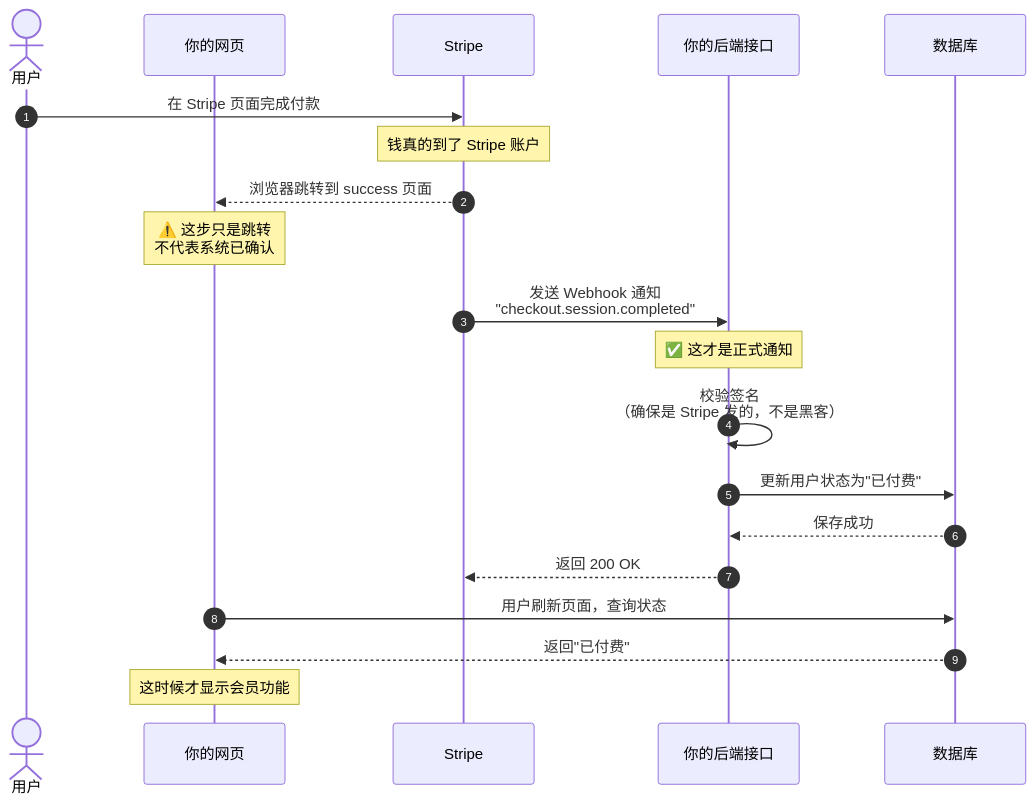
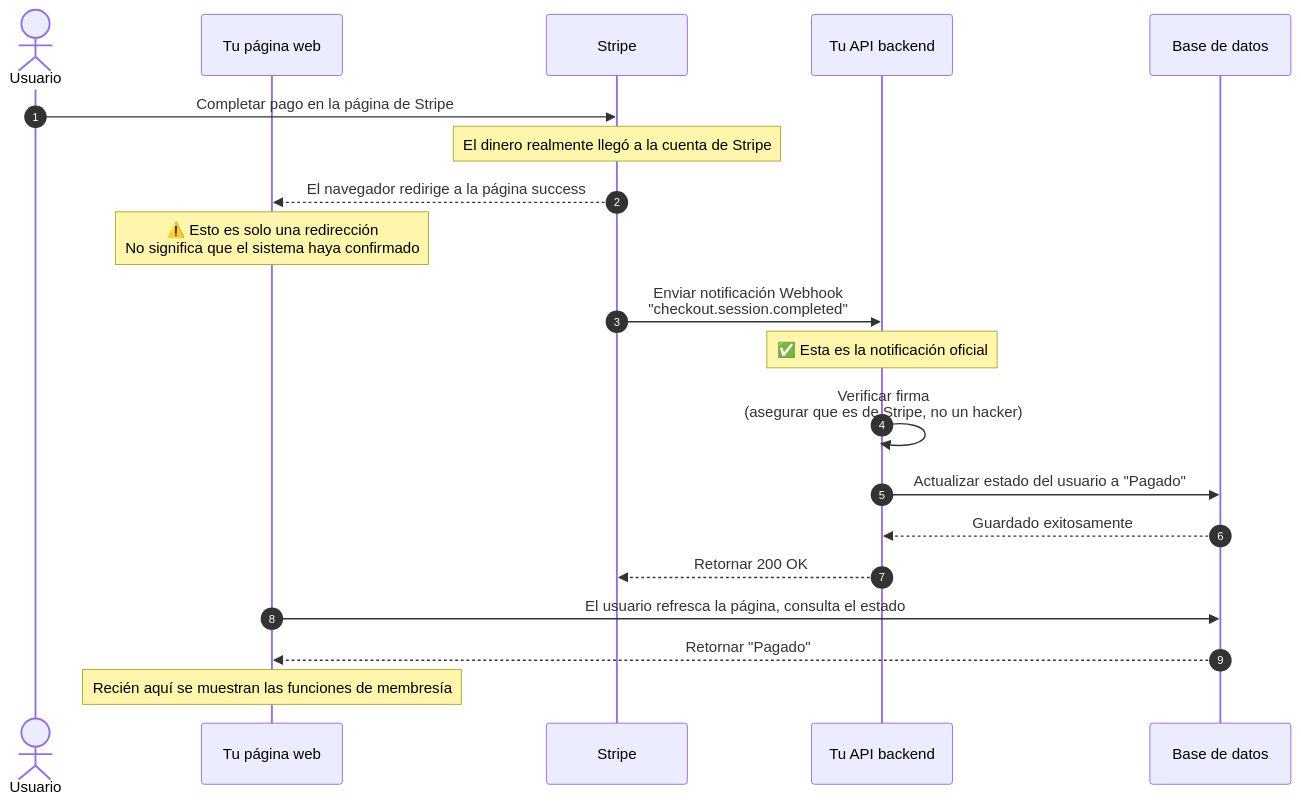
One commit to sketchymonk/easy-vibe changed the fourth of 6 diagrams in docs/es-es/stage-2/backend/stripe-payment/index.md. Above: the diagram before and after it, drawn with Mermaid. The commit also changed other lines of this file and 59 other files, not shown here.

````diff
--- a/docs/es-es/stage-2/backend/stripe-payment/index.md
+++ b/docs/es-es/stage-2/backend/stripe-payment/index.md
@@ -552,28 +552,28 @@
 ```mermaid
 sequenceDiagram
   autonumber
-  actor User as 用户
-  participant Frontend as 你的网页
+  actor User as Usuario
+  participant Frontend as Tu página web
   participant Stripe as Stripe
-  participant Webhook as 你的后端接口
-  participant DB as 数据库
+  participant Webhook as Tu API backend
+  participant DB as Base de datos
 
-  User->>Stripe: 在 Stripe 页面完成付款
-  Note over Stripe: 钱真的到了 Stripe 账户
+  User->>Stripe: Completar pago en la página de Stripe
+  Note over Stripe: El dinero realmente llegó a la cuenta de Stripe
 
-  Stripe-->>Frontend: 浏览器跳转到 success 页面
-  Note over Frontend: ⚠️ 这步只是跳转<br/>不代表系统已确认
+  Stripe-->>Frontend: El navegador redirige a la página success
+  Note over Frontend: ⚠️ Esto es solo una redirección<br/>No significa que el sistema haya confirmado
 
-  Stripe->>Webhook: 发送 Webhook 通知<br/>"checkout.session.completed"
-  Note over Webhook: ✅ 这才是正式通知
+  Stripe->>Webhook: Enviar notificación Webhook<br/>"checkout.session.completed"
+  Note over Webhook: ✅ Esta es la notificación oficial
 
-  Webhook->>Webhook: 校验签名<br/>（确保是 Stripe 发的，不是黑客）
+  Webhook->>Webhook: Verificar firma<br/>(asegurar que es de Stripe, no un hacker)
 
-  Webhook->>DB: 更新用户状态为"已付费"
-  DB-->>Webhook: 保存成功
-  Webhook-->>Stripe: 返回 200 OK
+  Webhook->>DB: Actualizar estado del usuario a "Pagado"
+  DB-->>Webhook: Guardado exitosamente
+  Webhook-->>Stripe: Retornar 200 OK
 
-  Frontend->>DB: 用户刷新页面，查询状态
-  DB-->>Frontend: 返回"已付费"
-  Note over Frontend: 这时候才显示会员功能
+  Frontend->>DB: El usuario refresca la página, consulta el estado
+  DB-->>Frontend: Retornar "Pagado"
+  Note over Frontend: Recién aquí se muestran las funciones de membresía
 ```
````
